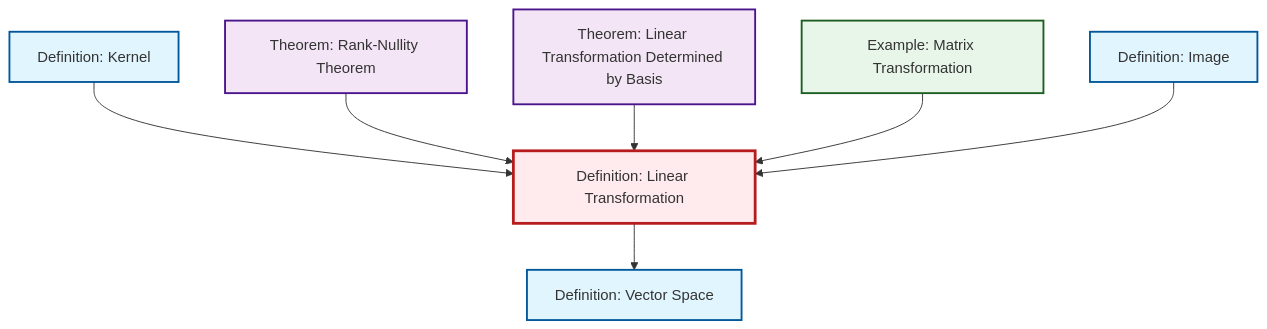
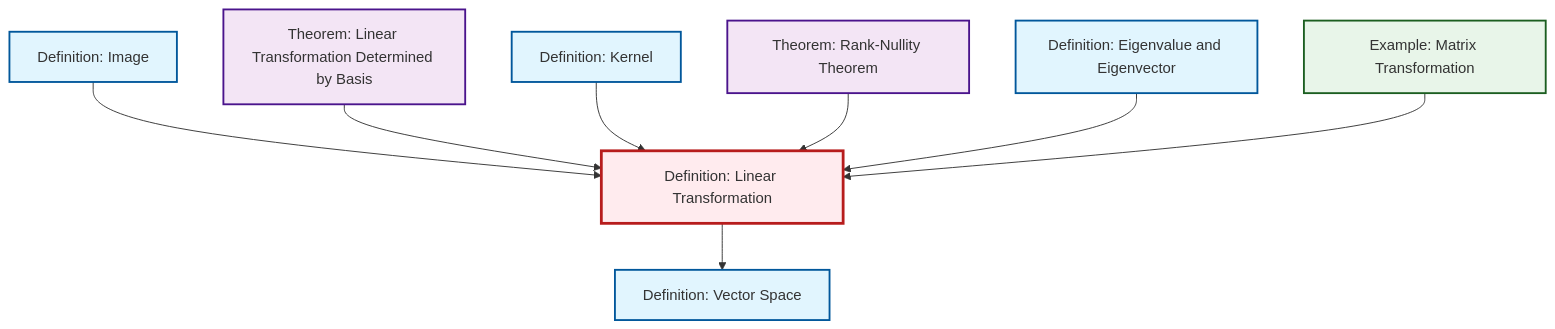
The diagram in content/ja/algebra/def-linear-transformation.qmd (RK0429/ModernMath), drawn with Mermaid before and after one commit. The commit also changed other lines of this file and 530 other files, not shown here.

````diff
--- a/content/ja/algebra/def-linear-transformation.qmd
+++ b/content/ja/algebra/def-linear-transformation.qmd
@@ -46,29 +46,32 @@
 ```{mermaid}
 %%| fig-cap: "Local dependency graph"
 graph TD
     classDef definition fill:#e1f5fe,stroke:#01579b,stroke-width:2px
     classDef theorem fill:#f3e5f5,stroke:#4a148c,stroke-width:2px
     classDef axiom fill:#fff3e0,stroke:#e65100,stroke-width:2px
     classDef example fill:#e8f5e9,stroke:#1b5e20,stroke-width:2px
     classDef current fill:#ffebee,stroke:#b71c1c,stroke-width:3px
+    thm-rank-nullity["Theorem: Rank-Nullity Theorem"]:::theorem
+    def-kernel["Definition: Kernel"]:::definition
+    def-eigenvalue-eigenvector["Definition: Eigenvalue and Eigenvector"]:::definition
+    thm-linear-transformation-basis["Theorem: Linear Transformation Determined by Basis"]:::theorem
+    ex-matrix-transformation["Example: Matrix Transformation"]:::example
+    def-image["Definition: Image"]:::definition
+    def-vector-space["Definition: Vector Space"]:::definition
     def-linear-transformation["Definition: Linear Transformation"]:::definition
-    ex-matrix-transformation["Example: Matrix Transformation"]:::example
-    def-vector-space["Definition: Vector Space"]:::definition
-    thm-rank-nullity["Theorem: Rank-Nullity Theorem"]:::theorem
-    def-image["Definition: Image"]:::definition
-    def-kernel["Definition: Kernel"]:::definition
-    thm-linear-transformation-basis["Theorem: Linear Transformation Determined by Basis"]:::theorem
+    def-linear-transformation --> def-vector-space
+    def-image --> def-linear-transformation
+    thm-linear-transformation-basis --> def-linear-transformation
     def-kernel --> def-linear-transformation
     thm-rank-nullity --> def-linear-transformation
-    def-linear-transformation --> def-vector-space
-    thm-linear-transformation-basis --> def-linear-transformation
+    def-eigenvalue-eigenvector --> def-linear-transformation
     ex-matrix-transformation --> def-linear-transformation
-    def-image --> def-linear-transformation
     class def-linear-transformation current
+    click thm-rank-nullity "thm-rank-nullity.html" "Theorem: Rank-Nullity Theoremへ"
+    click def-kernel "def-kernel.html" "Definition: Kernelへ"
+    click def-eigenvalue-eigenvector "def-eigenvalue-eigenvector.html" "Definition: Eigenvalue and Eigenvectorへ"
+    click thm-linear-transformation-basis "thm-linear-transformation-basis.html" "Theorem: Linear Transformation Determined by Basisへ"
     click ex-matrix-transformation "ex-matrix-transformation.html" "Example: Matrix Transformationへ"
+    click def-image "def-image.html" "Definition: Imageへ"
     click def-vector-space "def-vector-space.html" "Definition: Vector Spaceへ"
-    click thm-rank-nullity "thm-rank-nullity.html" "Theorem: Rank-Nullity Theoremへ"
-    click def-image "def-image.html" "Definition: Imageへ"
-    click def-kernel "def-kernel.html" "Definition: Kernelへ"
-    click thm-linear-transformation-basis "thm-linear-transformation-basis.html" "Theorem: Linear Transformation Determined by Basisへ"
 ```
````
